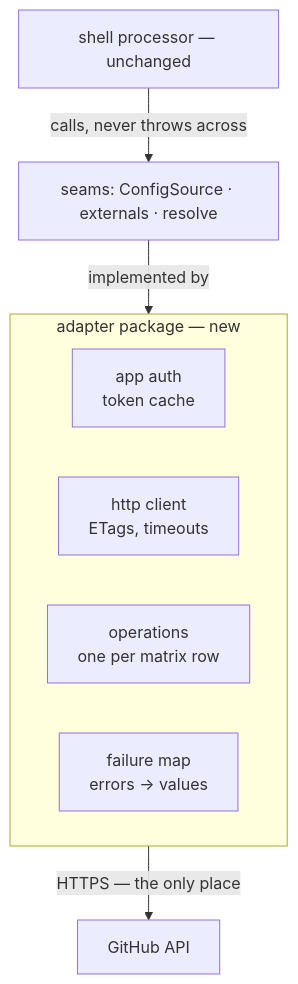
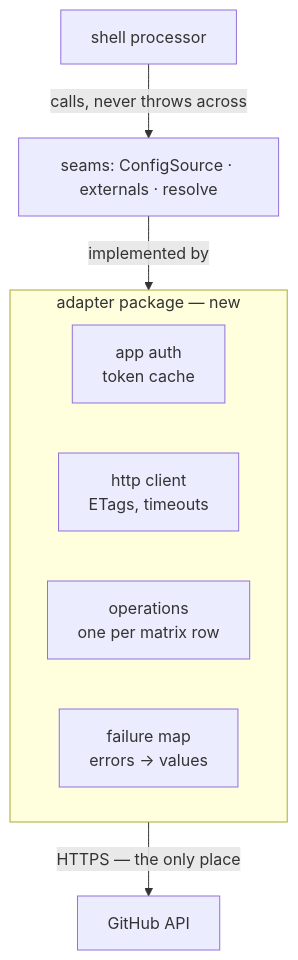
One commit to cheese-cakee/sdk-automations changed the first of 3 diagrams in design/guides/adapter.md. Above: the diagram before and after it, drawn with Mermaid. The commit also changed other lines of this file and 11 other files, not shown here.

````diff
--- a/design/guides/adapter.md
+++ b/design/guides/adapter.md
@@ -7,14 +7,14 @@
 ```mermaid
 flowchart TD
-    SH["shell processor — unchanged"]
+    SH["shell processor"]
     SEAMS["seams: ConfigSource · externals · resolve"]
     SH -->|"calls, never throws across"| SEAMS
     SEAMS -->|"implemented by"| A
     subgraph A ["adapter package — new"]
         AUTH["app auth<br/>token cache"]
         HTTP["http client<br/>ETags, timeouts"]
         OPS["operations<br/>one per matrix row"]
         FAIL["failure map<br/>errors → values"]
     end
     A -->|"HTTPS — the only place"| GH["GitHub API"]
 ```
````
